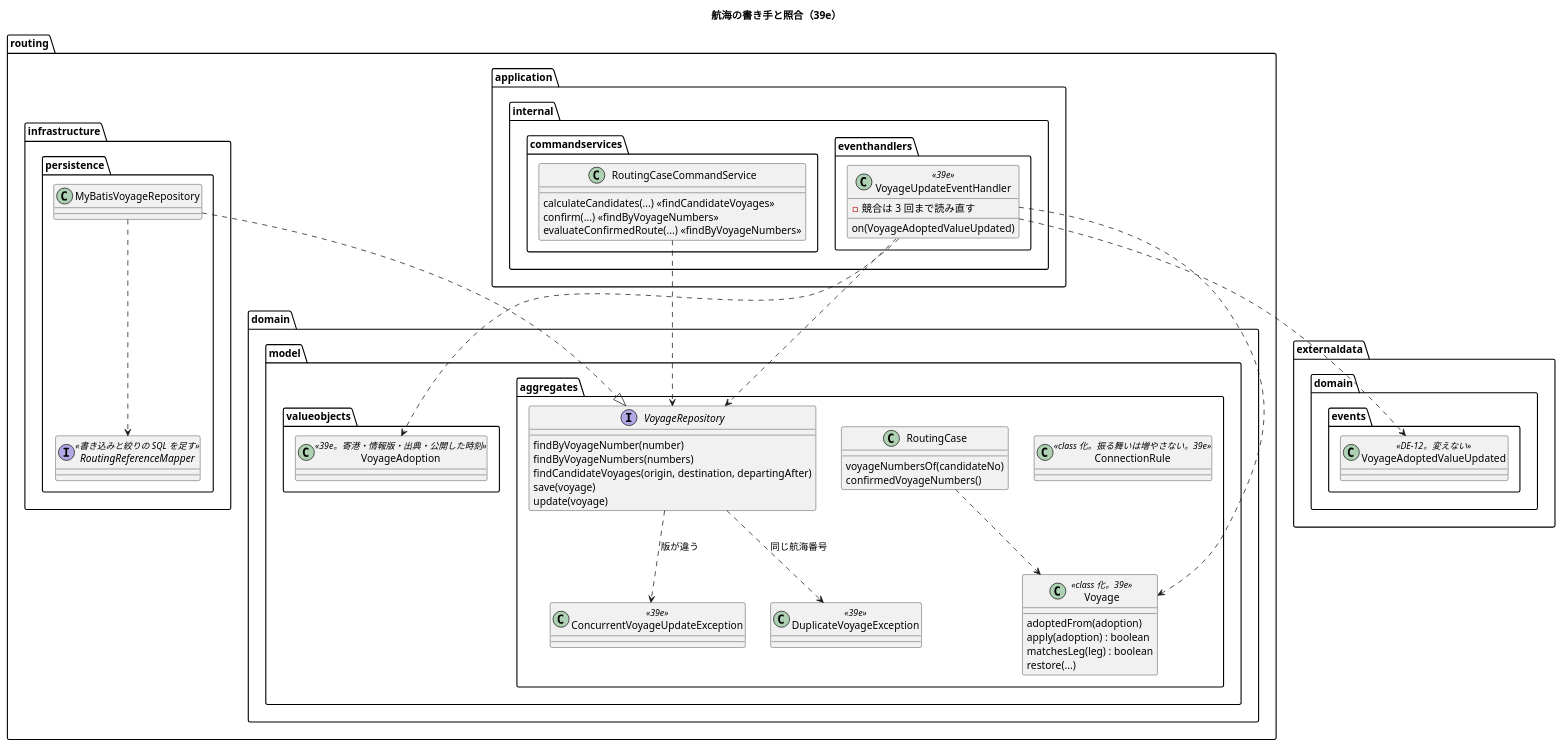
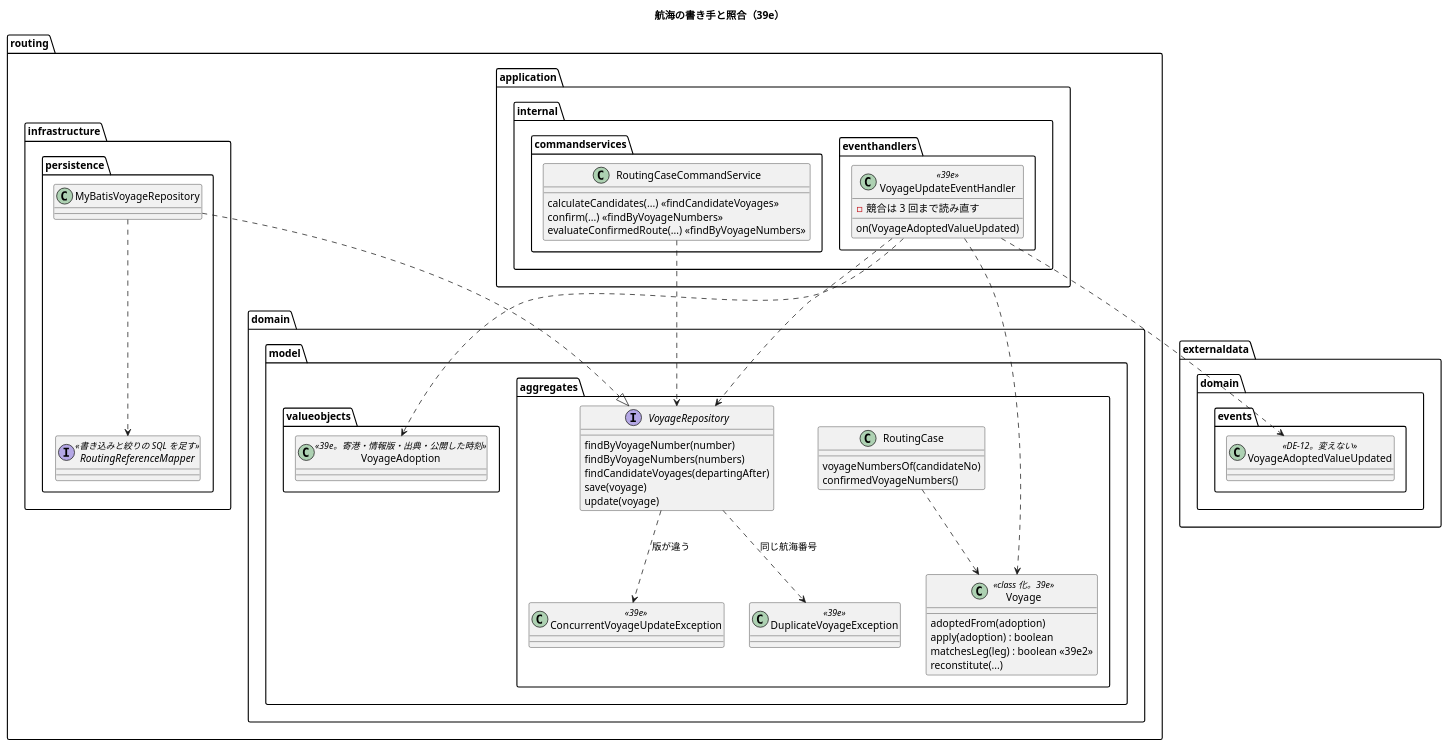
One commit to k2works/practical-domain-driven-design-in-enterpris-application changed the second of 3 diagrams in docs/development/cargo-tracker/bolt_39e_plan.md. Above: the diagram before and after it, drawn with PlantUML. The commit also changed other lines of this file and 1 other file, not shown here.

````diff
--- a/docs/development/cargo-tracker/bolt_39e_plan.md
+++ b/docs/development/cargo-tracker/bolt_39e_plan.md
@@ -329,60 +356,59 @@
 ```plantuml
 @startuml
 title 航海の書き手と照合（39e）
 package "externaldata.domain.events" {
   class VoyageAdoptedValueUpdated <<DE-12。変えない>>
 }
 package "routing.application.internal.eventhandlers" {
   class VoyageUpdateEventHandler <<39e>> {
     on(VoyageAdoptedValueUpdated)
     - 競合は 3 回まで読み直す
   }
 }
 package "routing.application.internal.commandservices" {
   class RoutingCaseCommandService {
     calculateCandidates(...) <<findCandidateVoyages>>
     confirm(...) <<findByVoyageNumbers>>
     evaluateConfirmedRoute(...) <<findByVoyageNumbers>>
   }
 }
 package "routing.domain.model.aggregates" {
   class Voyage <<class 化。39e>> {
     adoptedFrom(adoption)
     apply(adoption) : boolean
-    matchesLeg(leg) : boolean
-    restore(...)
+    matchesLeg(leg) : boolean <<39e2>>
+    reconstitute(...)
   }
-  class ConnectionRule <<class 化。振る舞いは増やさない。39e>>
   class RoutingCase {
     voyageNumbersOf(candidateNo)
     confirmedVoyageNumbers()
   }
   interface VoyageRepository {
     findByVoyageNumber(number)
     findByVoyageNumbers(numbers)
-    findCandidateVoyages(origin, destination, departingAfter)
+    findCandidateVoyages(departingAfter)
     save(voyage)
     update(voyage)
   }
   class ConcurrentVoyageUpdateException <<39e>>
   class DuplicateVoyageException <<39e>>
 }
 package "routing.domain.model.valueobjects" {
   class VoyageAdoption <<39e。寄港・情報版・出典・公開した時刻>>
 }
 package "routing.infrastructure.persistence" {
   class MyBatisVoyageRepository
   interface RoutingReferenceMapper <<書き込みと絞りの SQL を足す>>
 }
 VoyageUpdateEventHandler ..> VoyageAdoptedValueUpdated
 VoyageUpdateEventHandler ..> VoyageRepository
 VoyageUpdateEventHandler ..> Voyage
 VoyageUpdateEventHandler ..> VoyageAdoption
 RoutingCaseCommandService ..> VoyageRepository
 RoutingCase ..> Voyage
 MyBatisVoyageRepository ..|> VoyageRepository
 MyBatisVoyageRepository ..> RoutingReferenceMapper
 VoyageRepository ..> ConcurrentVoyageUpdateException : 版が違う
 VoyageRepository ..> DuplicateVoyageException : 同じ航海番号
 @enduml
 ```
````
